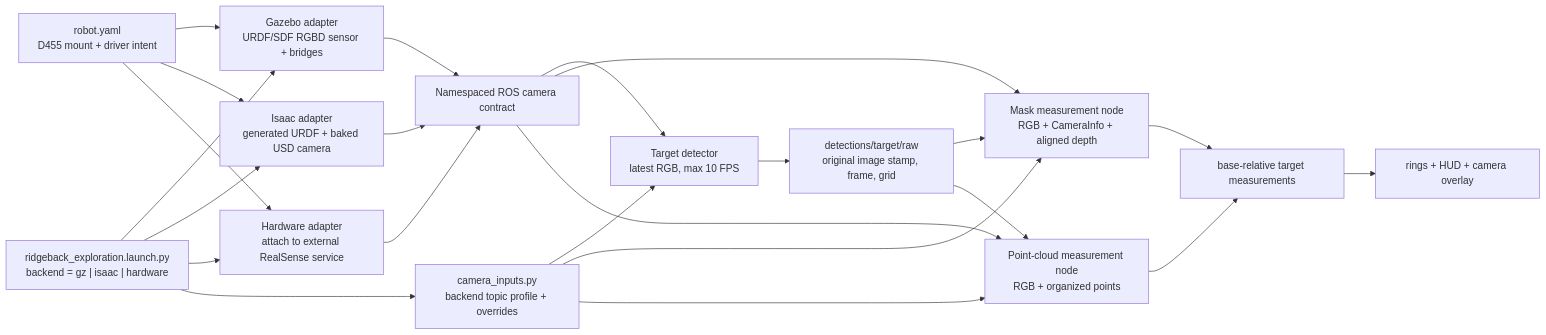
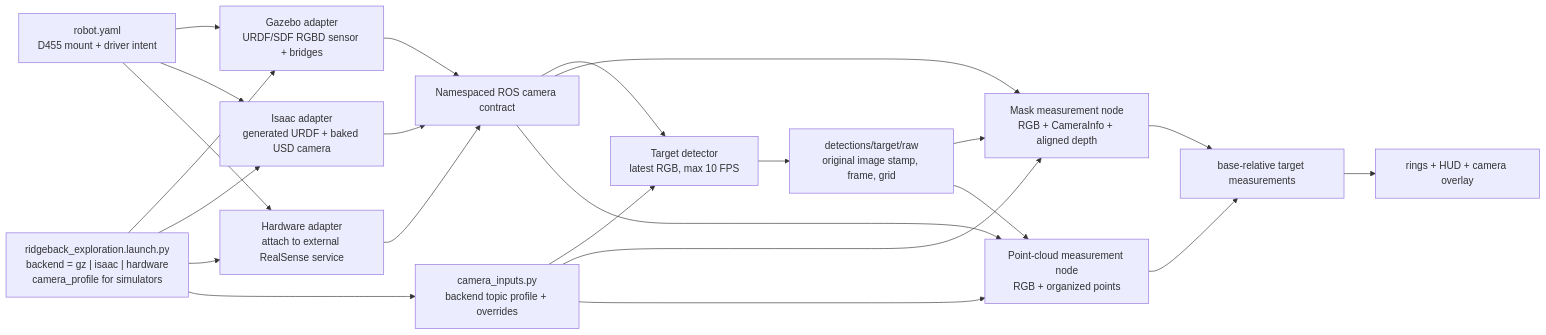
The diagram in docs/target_localization/camera_stack.md (Cognitive-Software-Labs/DyNAMO-Ridgeback), drawn with Mermaid before and after one commit. The commit also changed other lines of this file and 37 other files, not shown here.

````diff
--- a/docs/target_localization/camera_stack.md
+++ b/docs/target_localization/camera_stack.md
@@ -92,29 +113,29 @@
 ```mermaid
 flowchart LR
     YAML["robot.yaml<br/>D455 mount + driver intent"]
-    SELECT["ridgeback_exploration.launch.py<br/>backend = gz | isaac | hardware"]
+    SELECT["ridgeback_exploration.launch.py<br/>backend = gz | isaac | hardware<br/>camera_profile for simulators"]
     CONTRACT["camera_inputs.py<br/>backend topic profile + overrides"]
 
     YAML --> GZ["Gazebo adapter<br/>URDF/SDF RGBD sensor + bridges"]
     YAML --> ISAAC["Isaac adapter<br/>generated URDF + baked USD camera"]
     YAML --> HW["Hardware adapter<br/>attach to external RealSense service"]
     SELECT --> GZ
     SELECT --> ISAAC
     SELECT --> HW
     SELECT --> CONTRACT
     GZ --> ROS["Namespaced ROS camera contract"]
     ISAAC --> ROS
     HW --> ROS
     CONTRACT --> DET["Target detector<br/>latest RGB, max 10 FPS"]
     CONTRACT --> MASK["Mask measurement node<br/>RGB + CameraInfo + aligned depth"]
     CONTRACT --> PCL["Point-cloud measurement node<br/>RGB + organized points"]
     ROS --> DET
     ROS --> MASK
     ROS --> PCL
     DET --> D["detections/target/raw<br/>original image stamp, frame, grid"]
     D --> MASK
     D --> PCL
     MASK --> M["base-relative target measurements"]
     PCL --> M
     M --> VIZ["rings + HUD + camera overlay"]
 ```
````
